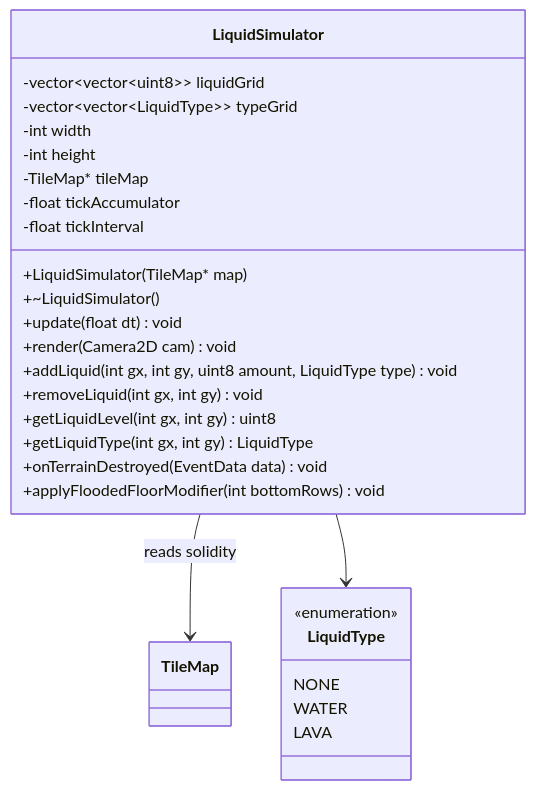
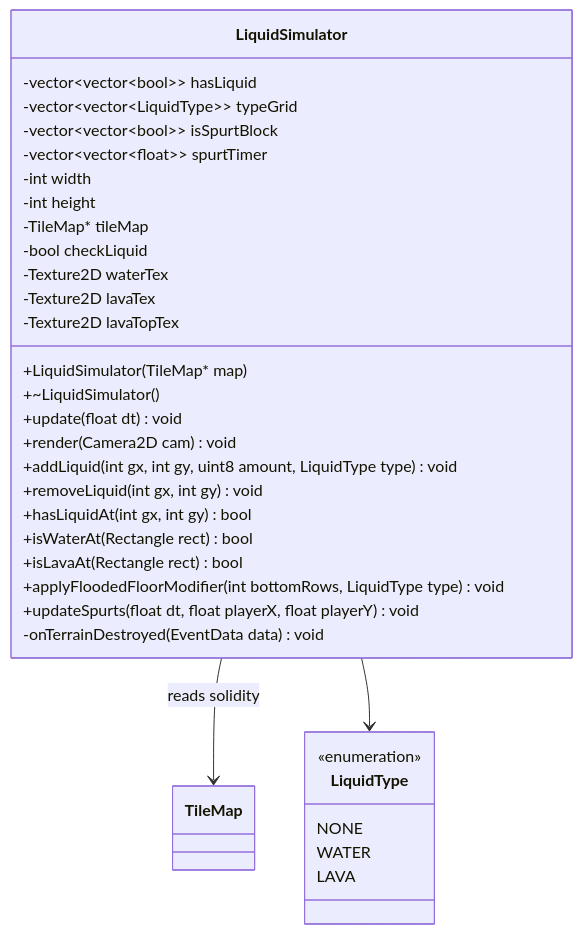
Before and after one commit to Gasmask-Chan/CS202-Cavern-Descent: the sixth of 13 diagrams in project_plan.md, drawn with Mermaid. The commit also changed other lines of this file, not shown here.

Commit message:
docs: update Feature A7 Liquid Simulation specifications in project_plan.md

````diff
--- a/project_plan.md
+++ b/project_plan.md
@@ -1019,32 +1019,38 @@
 ```mermaid
 classDiagram
     class LiquidSimulator {
-        -vector~vector~uint8~~ liquidGrid
+        -vector~vector~bool~~ hasLiquid
         -vector~vector~LiquidType~~ typeGrid
+        -vector~vector~bool~~ isSpurtBlock
+        -vector~vector~float~~ spurtTimer
         -int width
         -int height
         -TileMap* tileMap
-        -float tickAccumulator
-        -float tickInterval
+        -bool checkLiquid
+        -Texture2D waterTex
+        -Texture2D lavaTex
+        -Texture2D lavaTopTex
         +LiquidSimulator(TileMap* map)
         +~LiquidSimulator()
         +update(float dt) void
         +render(Camera2D cam) void
         +addLiquid(int gx, int gy, uint8 amount, LiquidType type) void
         +removeLiquid(int gx, int gy) void
-        +getLiquidLevel(int gx, int gy) uint8
-        +getLiquidType(int gx, int gy) LiquidType
-        +onTerrainDestroyed(EventData data) void
-        +applyFloodedFloorModifier(int bottomRows) void
+        +hasLiquidAt(int gx, int gy) bool
+        +isWaterAt(Rectangle rect) bool
+        +isLavaAt(Rectangle rect) bool
+        +applyFloodedFloorModifier(int bottomRows, LiquidType type) void
+        +updateSpurts(float dt, float playerX, float playerY) void
+        -onTerrainDestroyed(EventData data) void
     }
 
     class LiquidType {
         <<enumeration>>
         NONE
         WATER
         LAVA
     }
 
     LiquidSimulator --> TileMap : reads solidity
     LiquidSimulator --> LiquidType
 ```
````
